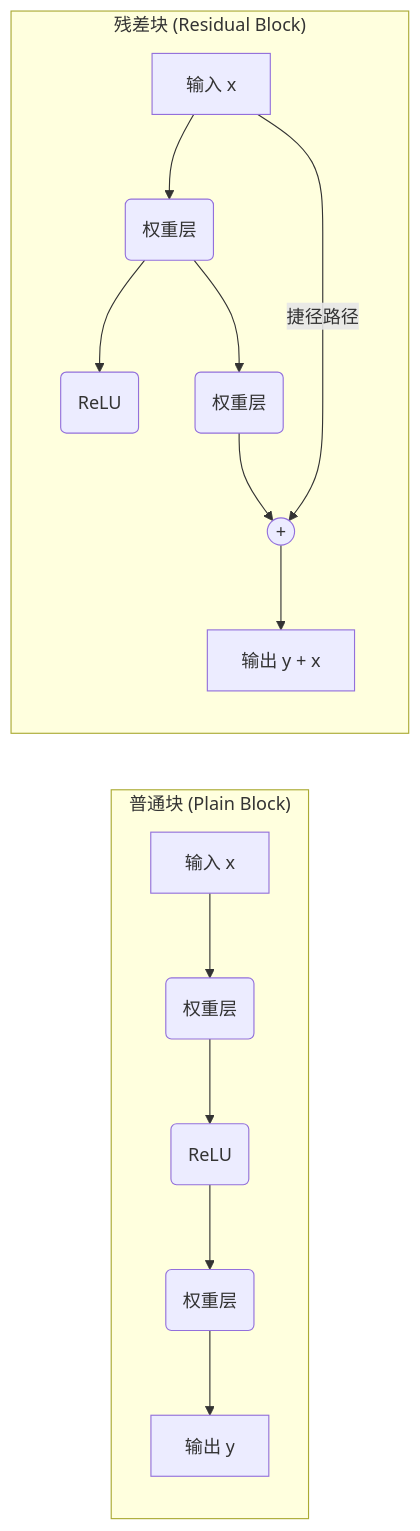
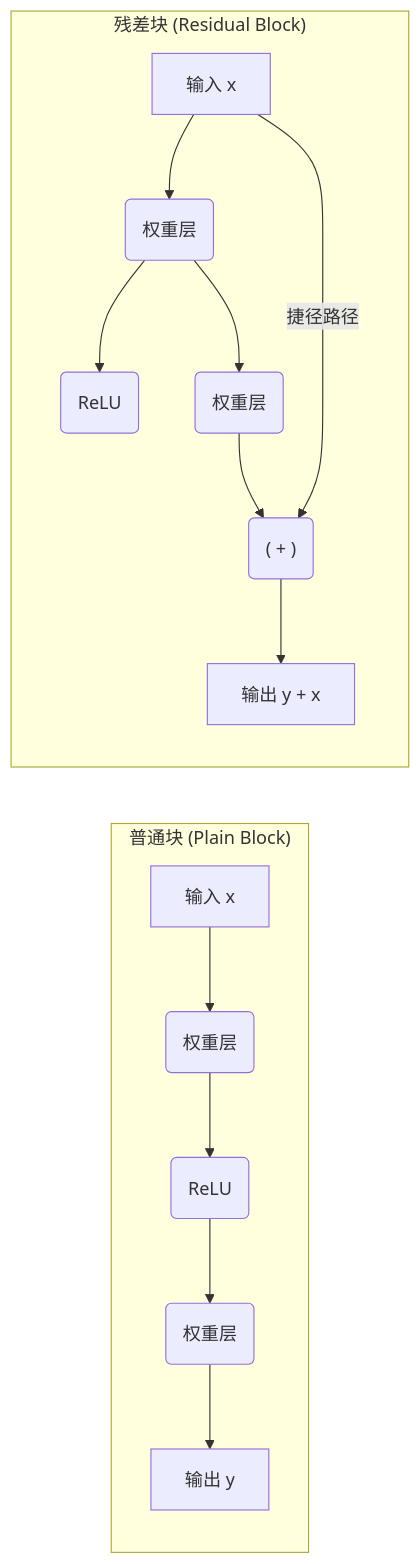
The second of 3 diagrams in docs/deep-learning/zh/residual_connection_evolution_document.zh.md (tt33415366/python_data_process_lib_intro), drawn with Mermaid before and after one commit. The commit also changed 2 other files, not shown here.

Commit message:
docs(deep-learning): complete FFNN evolution docs and fix RC mermaid syntax

````diff
--- a/docs/deep-learning/zh/residual_connection_evolution_document.zh.md
+++ b/docs/deep-learning/zh/residual_connection_evolution_document.zh.md
@@ -62,18 +62,18 @@
 ```mermaid
 graph LR
     subgraph "普通块 (Plain Block)"
         A1[输入 x] --> B1(权重层);
         B1 --> C1(ReLU);
         C1 --> D1(权重层);
         D1 --> E1[输出 y];
     end
 
     subgraph "残差块 (Residual Block)"
         A2[输入 x] --> B2(权重层);
         B2 --> C2(ReLU);
         B2 --> D2(权重层);
-        D2 --> F2(( + ));
+        D2 --> F2("( + )");
         A2 -- 捷径路径 --> F2;
         F2 --> E2[输出 y + x];
     end
 ```
````
